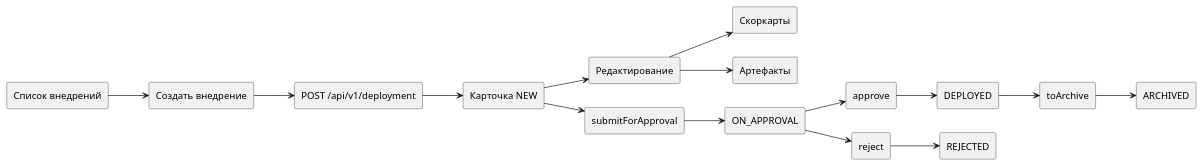
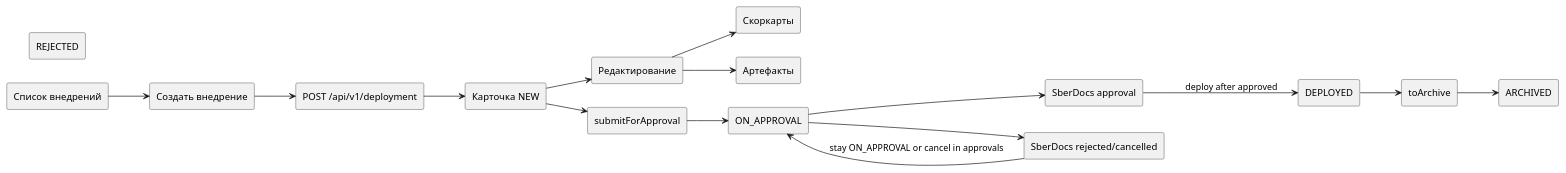
One commit to shuhart75/changeswork-copy changed the first of 2 diagrams in features/deployments/requirements.md. Above: the diagram before and after it, drawn with PlantUML. The commit also changed other lines of this file and 90 other files, not shown here.

````diff
--- a/features/deployments/requirements.md
+++ b/features/deployments/requirements.md
@@ -39,34 +41,34 @@
 ```plantuml
 @startuml
 left to right direction
 rectangle "Список внедрений" as A
 rectangle "Создать внедрение" as B
 rectangle "POST /api/v1/deployment" as C
 rectangle "Карточка NEW" as D
 rectangle "Редактирование" as E
 rectangle "Скоркарты" as F
 rectangle "Артефакты" as G
 rectangle "submitForApproval" as H
 rectangle "ON_APPROVAL" as I
-rectangle "approve" as J
-rectangle "reject" as K
+rectangle "SberDocs approval" as J
+rectangle "SberDocs rejected/cancelled" as K
 rectangle "DEPLOYED" as L
 rectangle "REJECTED" as M
 rectangle "toArchive" as N
 rectangle "ARCHIVED" as O
 A --> B
 B --> C
 C --> D
 D --> E
 E --> F
 E --> G
 D --> H
 H --> I
 I --> J
 I --> K
-J --> L
-K --> M
+J --> L : deploy after approved
+K --> I : stay ON_APPROVAL or cancel in approvals
 L --> N
 N --> O
 @enduml
 ```
````
